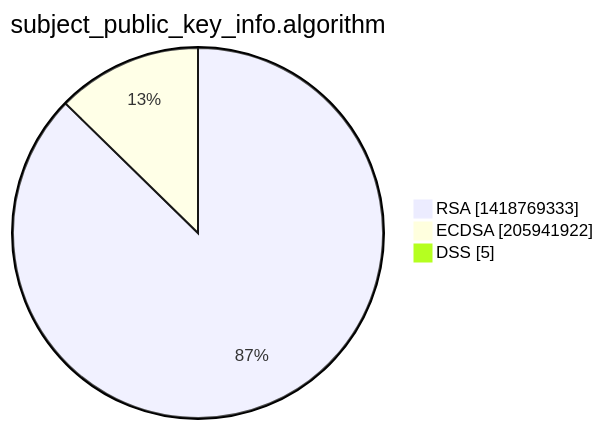
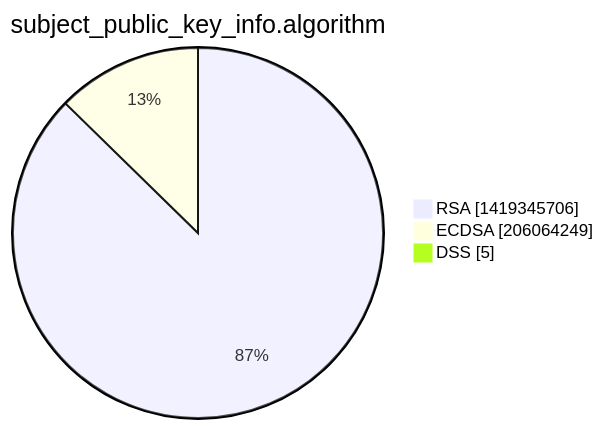
Before and after one commit to christiankrug/ctmonitor_visualization: the third of 15 diagrams in xenon2022/README.md, drawn with Mermaid. The commit also changed other lines of this file, not shown here.

````diff
--- a/xenon2022/README.md
+++ b/xenon2022/README.md
@@ -14,7 +14,7 @@
 ```mermaid
 pie showData
 title subject_public_key_info.algorithm
-"RSA" :1418769333
-"ECDSA" :205941922
+"RSA" :1419345706
+"ECDSA" :206064249
 "DSS" :5
 ```
````
